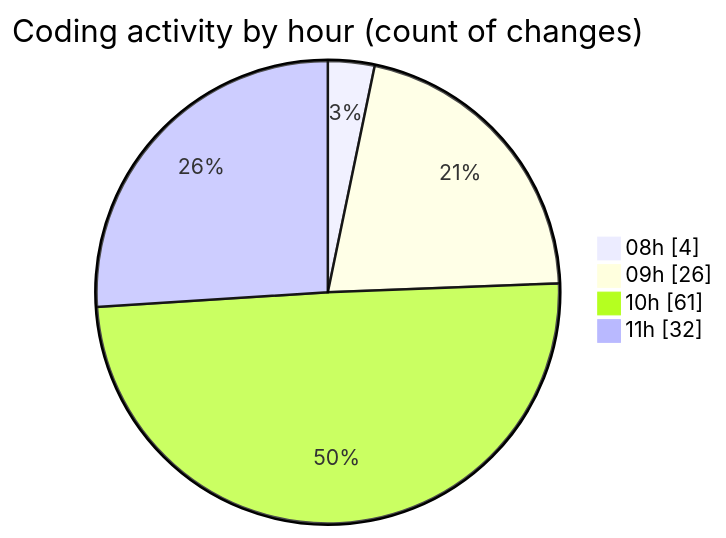
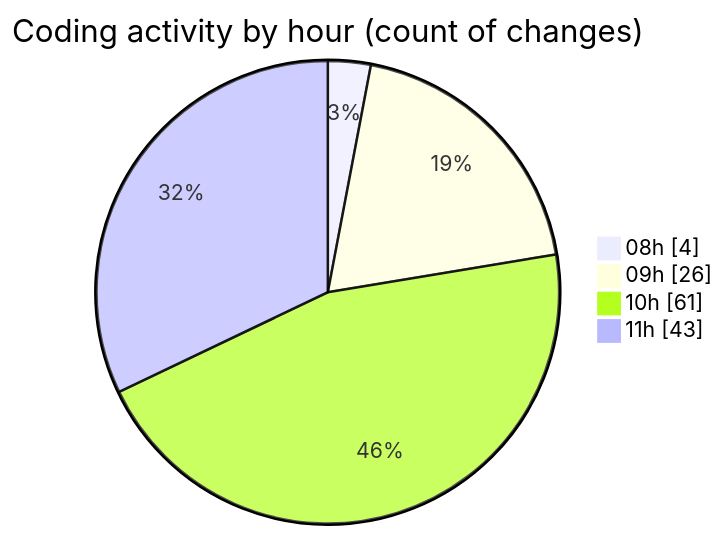
One commit to becaeroporto-bot/code-tracking changed the second of 2 diagrams in 2026-02-19/bot_v1_2/README.md. Above: the diagram before and after it, drawn with Mermaid. The commit also changed other lines of this file and 1 other file, not shown here.

````diff
--- a/2026-02-19/bot_v1_2/README.md
+++ b/2026-02-19/bot_v1_2/README.md
@@ -37,8 +37,8 @@
 ```mermaid
 pie showData
 title Coding activity by hour (count of changes)
 "08h" : 4
 "09h" : 26
 "10h" : 61
-"11h" : 32
+"11h" : 43
 ```
````
